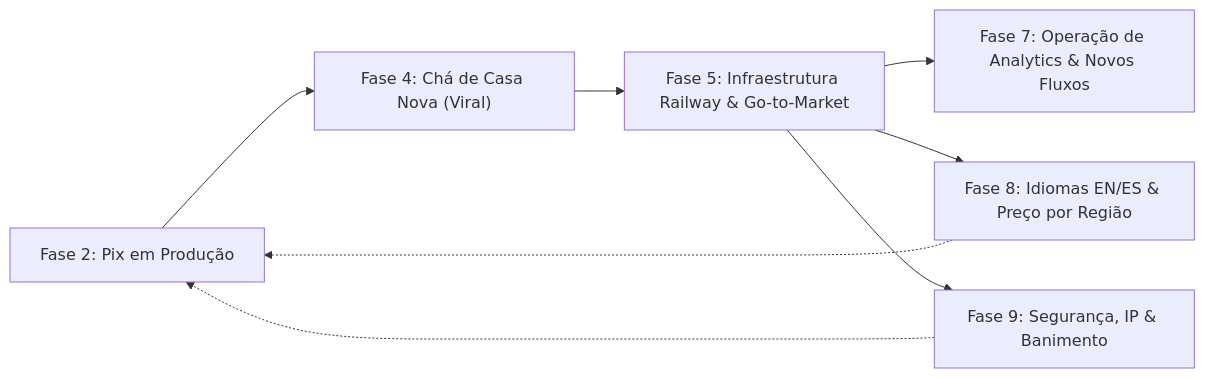
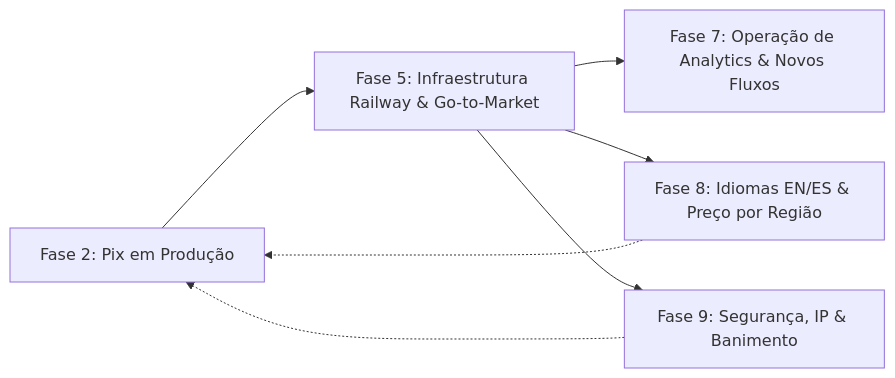
Before and after one commit to joaov-meneses/enxoval-de-casa-nova: the diagram in docs/implementacoes-futuras.md, drawn with Mermaid. The commit also changed other lines of this file and 88 other files, not shown here.

Commit message:
Implementa cha de casa nova, leitura de notas e modo loja offline

````diff
--- a/docs/implementacoes-futuras.md
+++ b/docs/implementacoes-futuras.md
@@ -23,10 +22,9 @@
 ```mermaid
 flowchart LR
-    Fase2["Fase 2: Pix em Produção"] --> Fase4["Fase 4: Chá de Casa Nova (Viral)"]
-    Fase4 --> Fase5["Fase 5: Infraestrutura Railway & Go-to-Market"]
+    Fase2["Fase 2: Pix em Produção"] --> Fase5["Fase 5: Infraestrutura Railway & Go-to-Market"]
     Fase5 --> Fase7["Fase 7: Operação de Analytics & Novos Fluxos"]
     Fase5 --> Fase8["Fase 8: Idiomas EN/ES & Preço por Região"]
     Fase5 --> Fase9["Fase 9: Segurança, IP & Banimento"]
     Fase9 -.-> Fase2
     Fase8 -.-> Fase2
 ```
````
